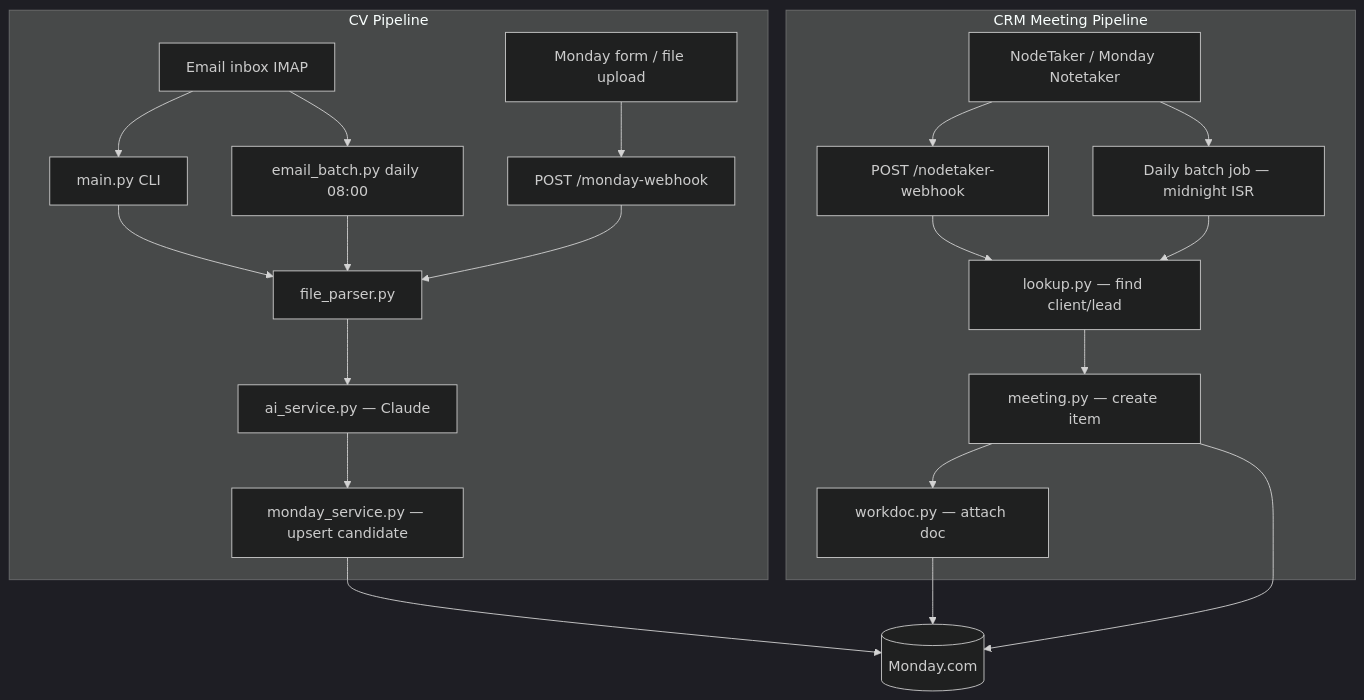
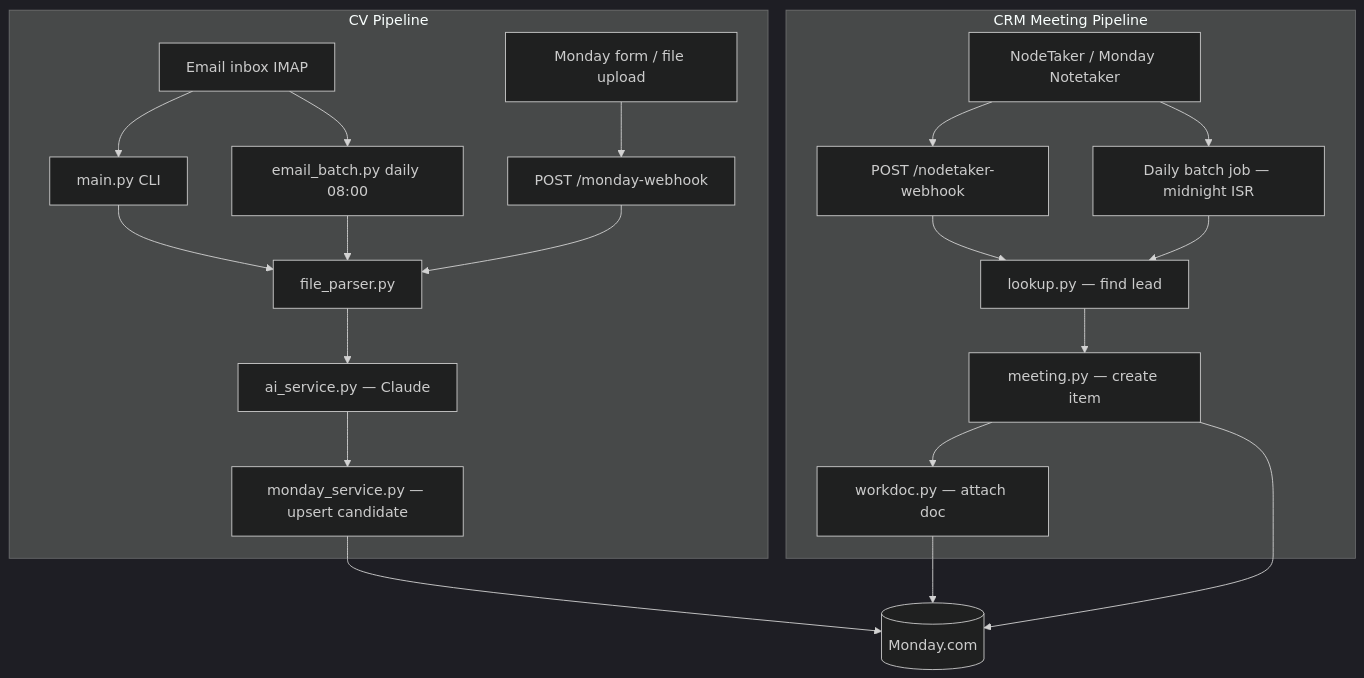
The diagram in README.md (beyondtcode/recruitment-ai-backend), drawn with Mermaid (dark theme) before and after one commit. The commit also changed other lines of this file and 7 other files, not shown here.

````diff
--- a/README.md
+++ b/README.md
@@ -28,38 +28,38 @@
 ```mermaid
 flowchart TB
     subgraph cv [CV Pipeline]
         Email[Email inbox IMAP]
         MondayForm[Monday form / file upload]
         WebhookCV["POST /monday-webhook"]
         Parser[file_parser.py]
         Claude[ai_service.py — Claude]
         MondayCV[monday_service.py — upsert candidate]
         Email --> main_py[main.py CLI]
         Email --> email_batch[email_batch.py daily 08:00]
         main_py --> Parser
         email_batch --> Parser
         MondayForm --> WebhookCV
         WebhookCV --> Parser
         Parser --> Claude
         Claude --> MondayCV
     end
 
     subgraph crm [CRM Meeting Pipeline]
         NodeTaker[NodeTaker / Monday Notetaker]
         WebhookNT["POST /nodetaker-webhook"]
         Batch[Daily batch job — midnight ISR]
-        Lookup[lookup.py — find client/lead]
+        Lookup[lookup.py — find lead]
         Meeting[meeting.py — create item]
         Workdoc[workdoc.py — attach doc]
         NodeTaker --> WebhookNT
         NodeTaker --> Batch
         WebhookNT --> Lookup
         Batch --> Lookup
         Lookup --> Meeting
         Meeting --> Workdoc
     end
 
     MondayCV --> Monday[(Monday.com)]
     Workdoc --> Monday
     Meeting --> Monday
 ```
````
